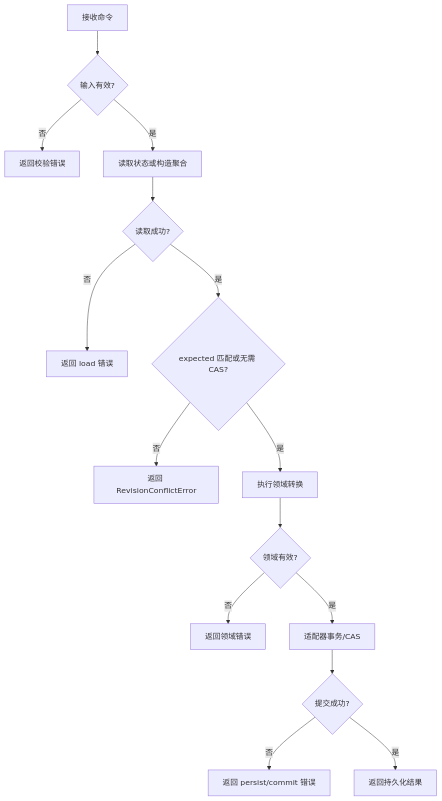
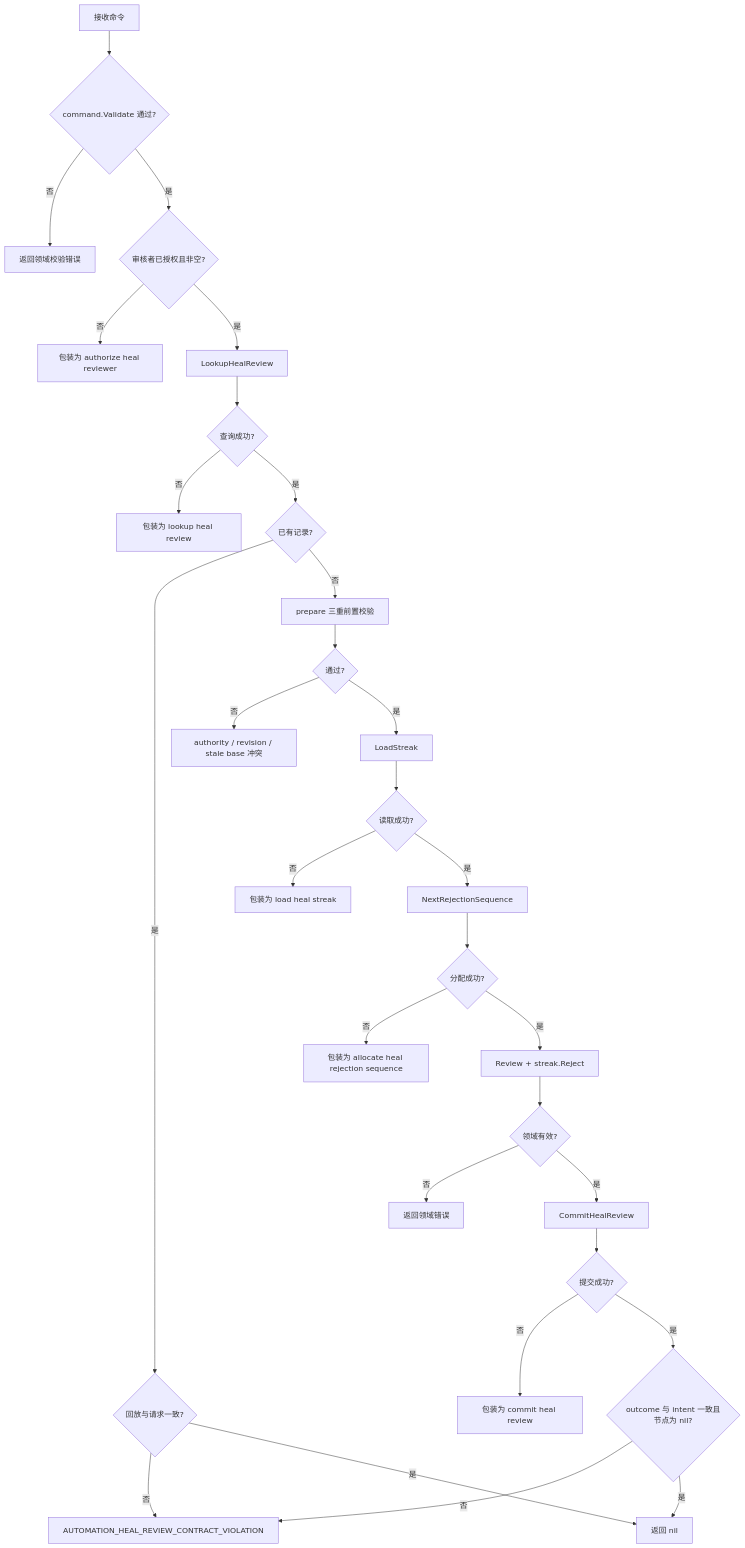
Before and after one commit to Capsule7446/healix-core: the second of 2 diagrams in docs/application/automation/reject-heal-candidate.md, drawn with Mermaid. The commit also changed other lines of this file and 380 other files, not shown here.

````diff
--- a/docs/application/automation/reject-heal-candidate.md
+++ b/docs/application/automation/reject-heal-candidate.md
@@ -61,17 +56,32 @@
 ```mermaid
 flowchart TD
-    I[接收命令] --> V{输入有效?}
-    V -- 否 --> E1[返回校验错误]
-    V -- 是 --> L[读取状态或构造聚合]
-    L --> LR{读取成功?}
-    LR -- 否 --> E2[返回 load 错误]
-    LR -- 是 --> C{expected 匹配或无需 CAS?}
-    C -- 否 --> E3[返回 RevisionConflictError]
-    C -- 是 --> T[执行领域转换]
+    I[接收命令] --> V{command.Validate 通过?}
+    V -- 否 --> E1[返回领域校验错误]
+    V -- 是 --> AU{审核者已授权且非空?}
+    AU -- 否 --> E2[包装为 authorize heal reviewer]
+    AU -- 是 --> L[LookupHealReview]
+    L --> LR{查询成功?}
+    LR -- 否 --> E3[包装为 lookup heal review]
+    LR -- 是 --> F{已有记录?}
+    F -- 是 --> C1{回放与请求一致?}
+    C1 -- 否 --> E4[AUTOMATION_HEAL_REVIEW_CONTRACT_VIOLATION]
+    C1 -- 是 --> O[返回 nil]
+    F -- 否 --> P[prepare 三重前置校验]
+    P --> PE{通过?}
+    PE -- 否 --> E5[authority / revision / stale base 冲突]
+    PE -- 是 --> ST[LoadStreak]
+    ST --> SE{读取成功?}
+    SE -- 否 --> E6[包装为 load heal streak]
+    SE -- 是 --> SQ[NextRejectionSequence]
+    SQ --> QE{分配成功?}
+    QE -- 否 --> E7[包装为 allocate heal rejection sequence]
+    QE -- 是 --> T[Review + streak.Reject]
     T --> TV{领域有效?}
-    TV -- 否 --> E4[返回领域错误]
-    TV -- 是 --> P[适配器事务/CAS]
-    P --> PS{提交成功?}
-    PS -- 否 --> E5[返回 persist/commit 错误]
-    PS -- 是 --> O[返回持久化结果]
+    TV -- 否 --> E8[返回领域错误]
+    TV -- 是 --> CM[CommitHealReview]
+    CM --> CS{提交成功?}
+    CS -- 否 --> E9[包装为 commit heal review]
+    CS -- 是 --> C2{outcome 与 intent 一致且节点为 nil?}
+    C2 -- 否 --> E4
+    C2 -- 是 --> O
 ```
````
